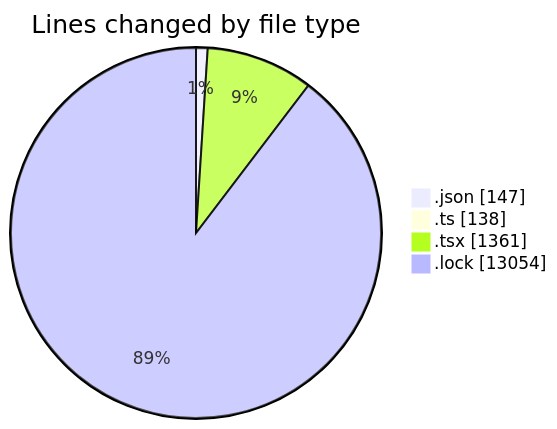
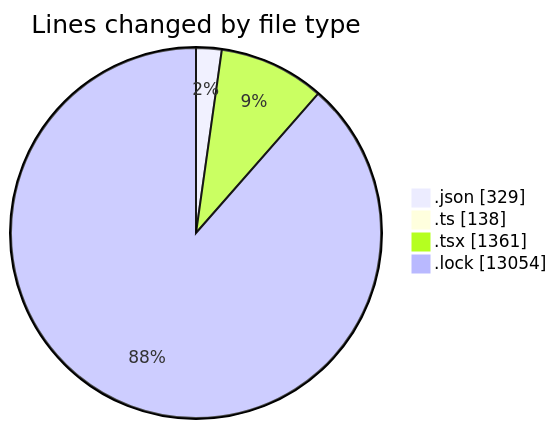
The first of 2 diagrams in 2025-05-07/cda/README.md (momahboobian/code-tracking), drawn with Mermaid before and after one commit. The commit also changed other lines of this file and 1 other file, not shown here.

````diff
--- a/2025-05-07/cda/README.md
+++ b/2025-05-07/cda/README.md
@@ -37,8 +38,8 @@
 ```mermaid
 pie showData
 title Lines changed by file type
-".json" : 147
+".json" : 329
 ".ts" : 138
 ".tsx" : 1361
 ".lock" : 13054
 ```
````
